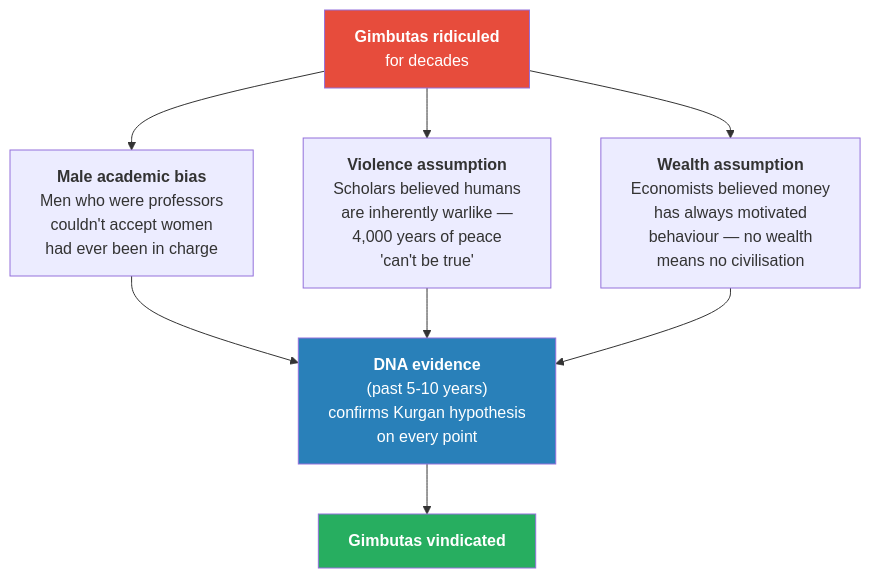
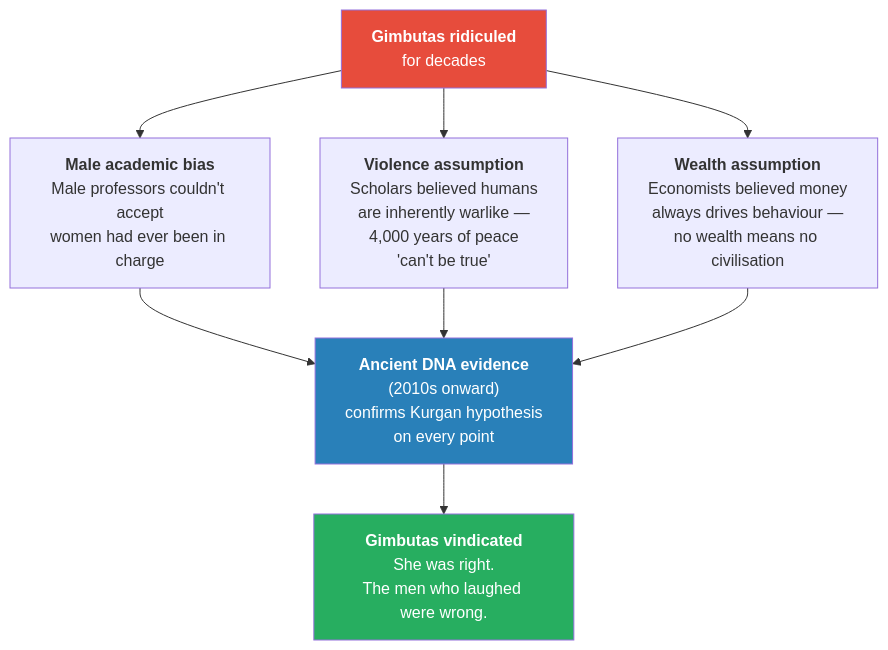
Before and after one commit to alius33/reader: the fifth of 8 diagrams in summaries/Lectures/Civilization/04 - The Paradise Lost of Marija Gimbutas.md, drawn with Mermaid. The commit also changed other lines of this file and 26 other files, not shown here.

````diff
--- a/summaries/Lectures/Civilization/04 - The Paradise Lost of Marija Gimbutas.md
+++ b/summaries/Lectures/Civilization/04 - The Paradise Lost of Marija Gimbutas.md
@@ -322,13 +235,13 @@
 ```mermaid
 flowchart TB
-    G["<b>Gimbutas ridiculed</b><br/>for decades"] --> R1["<b>Male academic bias</b><br/>Men who were professors<br/>couldn't accept women<br/>had ever been in charge"]
+    G["<b>Gimbutas ridiculed</b><br/>for decades"] --> R1["<b>Male academic bias</b><br/>Male professors couldn't accept<br/>women had ever been in charge"]
     G --> R2["<b>Violence assumption</b><br/>Scholars believed humans<br/>are inherently warlike —<br/>4,000 years of peace<br/>'can't be true'"]
-    G --> R3["<b>Wealth assumption</b><br/>Economists believed money<br/>has always motivated<br/>behaviour — no wealth<br/>means no civilisation"]
-    R1 --> DNA["<b>DNA evidence</b><br/>(past 5-10 years)<br/>confirms Kurgan hypothesis<br/>on every point"]
+    G --> R3["<b>Wealth assumption</b><br/>Economists believed money<br/>always drives behaviour —<br/>no wealth means no civilisation"]
+    R1 --> DNA["<b>Ancient DNA evidence</b><br/>(2010s onward)<br/>confirms Kurgan hypothesis<br/>on every point"]
     R2 --> DNA
     R3 --> DNA
-    DNA --> V["<b>Gimbutas vindicated</b>"]
+    DNA --> V["<b>Gimbutas vindicated</b><br/>She was right.<br/>The men who laughed were wrong."]
     style G fill:#e74c3c,color:#fff
     style V fill:#27ae60,color:#fff
     style DNA fill:#2980b9,color:#fff
 ```
````
